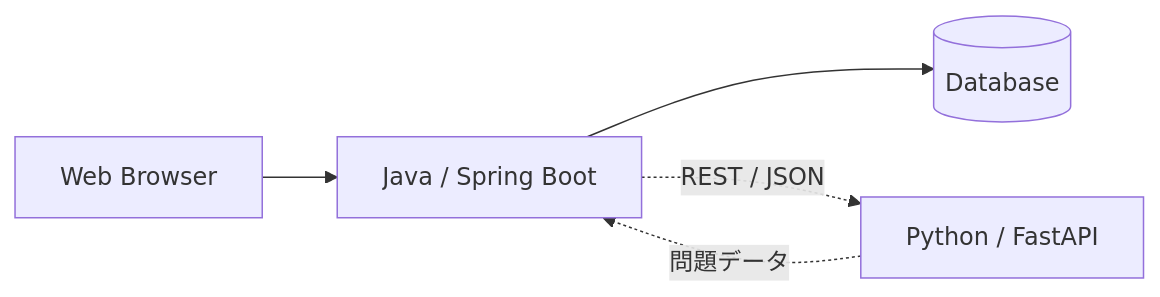
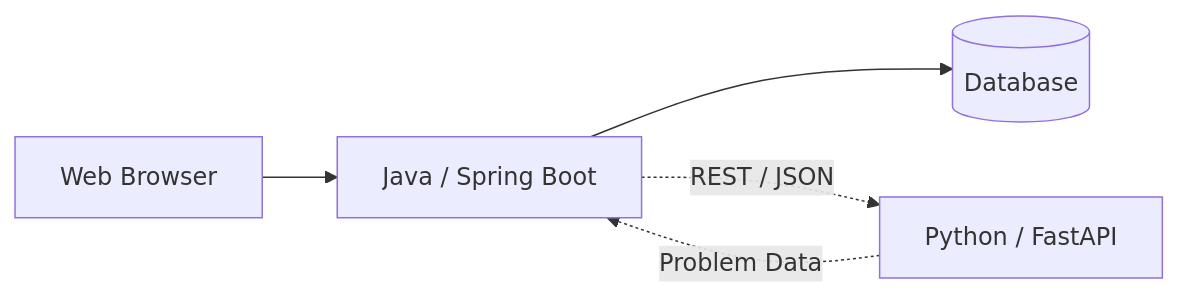
One commit to suu-dev-0203/graduation_JAVAgame changed the fourth of 12 diagrams in README.md. Above: the diagram before and after it, drawn with Mermaid. The commit also changed other lines of this file, not shown here.

````diff
--- a/README.md
+++ b/README.md
@@ -1061,12 +1536,12 @@
 ```mermaid
 flowchart LR
     Browser[Web Browser]
     Java[Java / Spring Boot]
     Python[Python / FastAPI]
     DB[(Database)]
 
     Browser --> Java
     Java --> DB
     Java -. REST / JSON .-> Python
-    Python -. 問題データ .-> Java
+    Python -. Problem Data .-> Java
 ```
````
